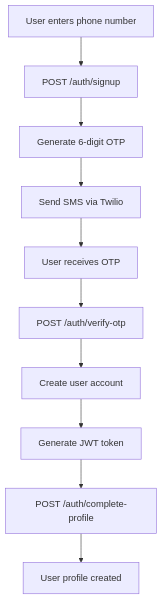
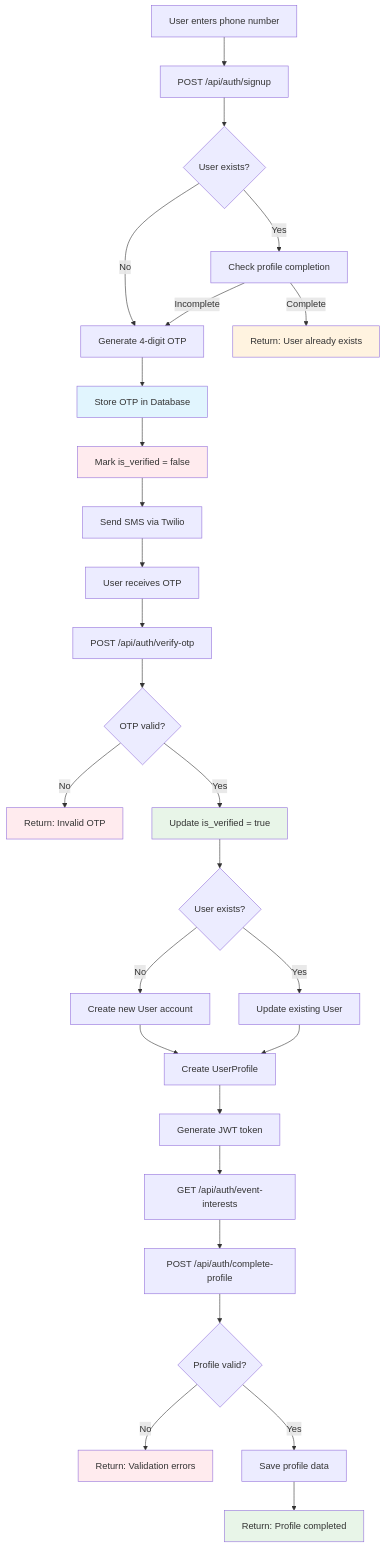
Before and after one commit to LOOPINX-CIRCLE/LoopinBackend: the first of 5 diagrams in PHONE_AUTHENTICATION.md, drawn with Mermaid. The commit also changed other lines of this file, not shown here.

````diff
--- a/PHONE_AUTHENTICATION.md
+++ b/PHONE_AUTHENTICATION.md
@@ -120,12 +138,37 @@
 ```mermaid
 graph TD
-    A[User enters phone number] --> B[POST /auth/signup]
-    B --> C[Generate 6-digit OTP]
-    C --> D[Send SMS via Twilio]
-    D --> E[User receives OTP]
-    E --> F[POST /auth/verify-otp]
-    F --> G[Create user account]
-    G --> H[Generate JWT token]
-    H --> I[POST /auth/complete-profile]
-    I --> J[User profile created]
+    A[User enters phone number] --> B[POST /api/auth/signup]
+    B --> C{User exists?}
+    C -->|Yes| D[Check profile completion]
+    C -->|No| E[Generate 4-digit OTP]
+    D -->|Complete| F[Return: User already exists]
+    D -->|Incomplete| E
+    E --> G[Store OTP in Database]
+    G --> H[Mark is_verified = false]
+    H --> I[Send SMS via Twilio]
+    I --> J[User receives OTP]
+    J --> K[POST /api/auth/verify-otp]
+    K --> L{OTP valid?}
+    L -->|No| M[Return: Invalid OTP]
+    L -->|Yes| N[Update is_verified = true]
+    N --> O{User exists?}
+    O -->|No| P[Create new User account]
+    O -->|Yes| Q[Update existing User]
+    P --> R[Create UserProfile]
+    Q --> R
+    R --> S[Generate JWT token]
+    S --> T[GET /api/auth/event-interests]
+    T --> U[POST /api/auth/complete-profile]
+    U --> V{Profile valid?}
+    V -->|No| W[Return: Validation errors]
+    V -->|Yes| X[Save profile data]
+    X --> Y[Return: Profile completed]
+    
+    style G fill:#e1f5fe
+    style H fill:#ffebee
+    style N fill:#e8f5e8
+    style Y fill:#e8f5e8
+    style F fill:#fff3e0
+    style M fill:#ffebee
+    style W fill:#ffebee
 ```
````
